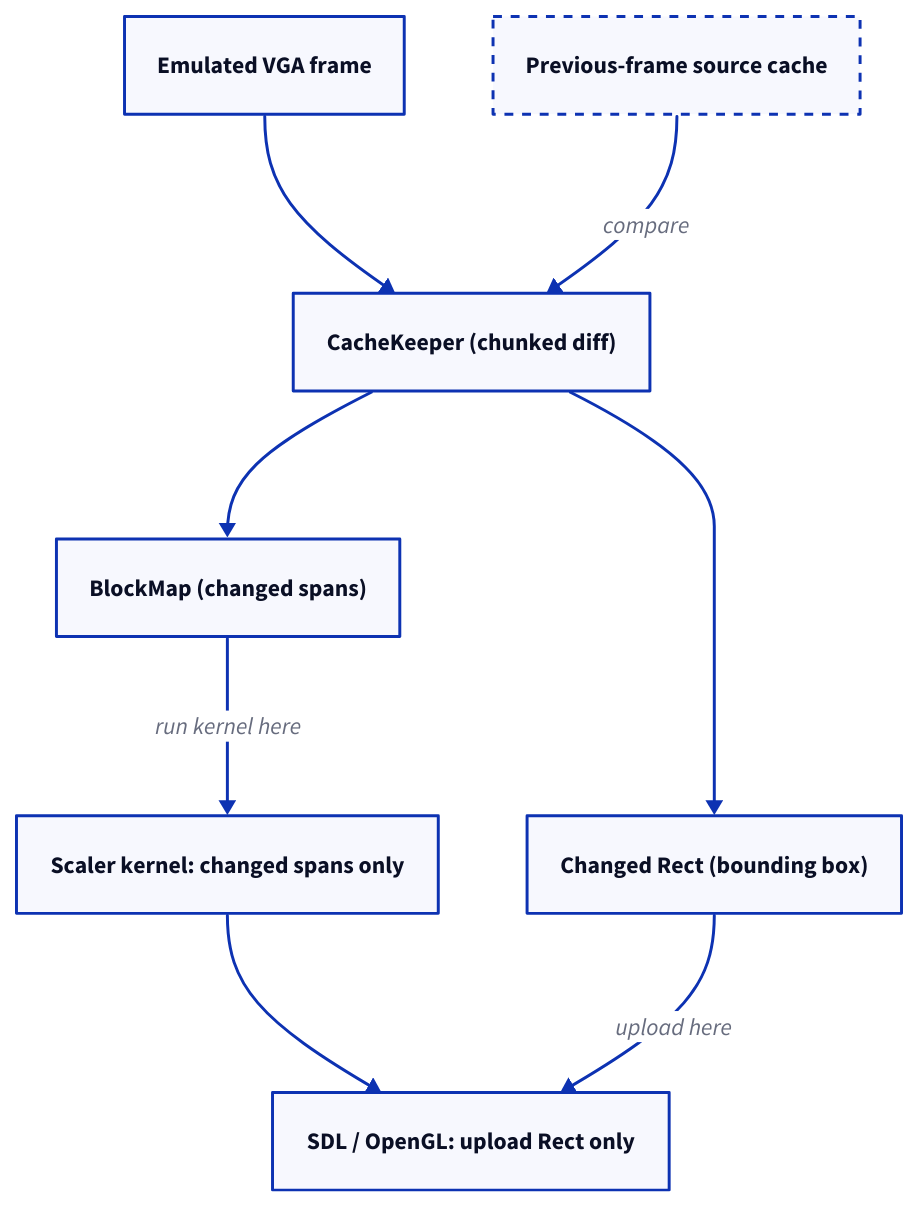
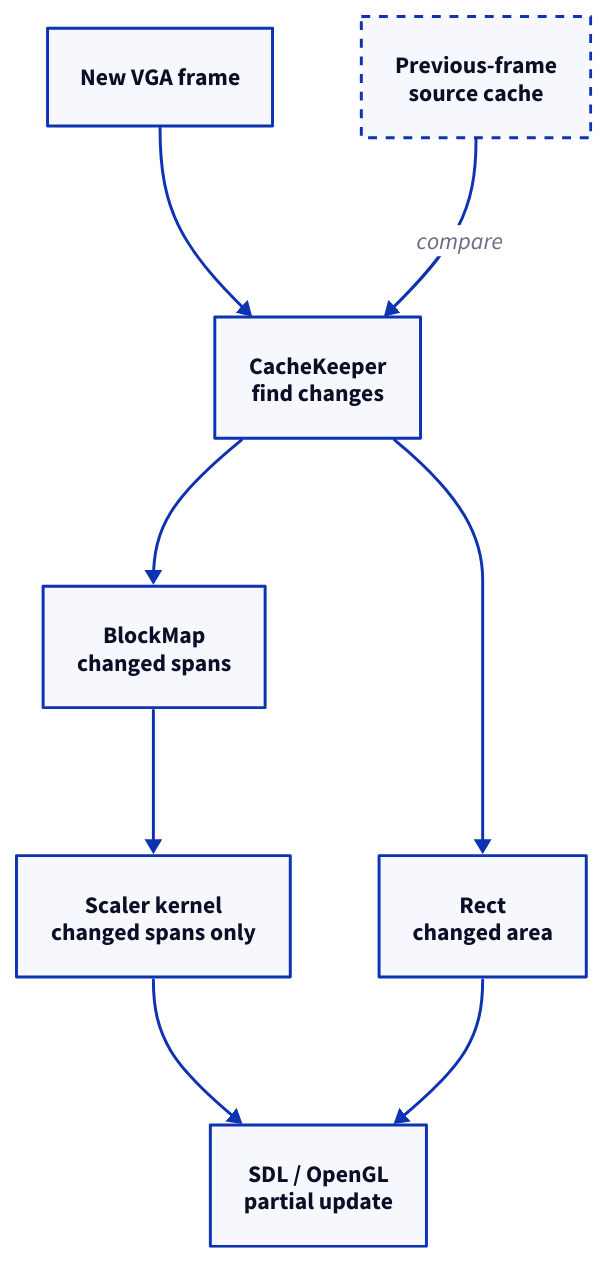
One commit to Kronuz/Kronuz.github.io changed the diagram in src/content/docs/blog/redraw-only-what-changed.md. Above: the diagram before and after it, drawn with D2. The commit also changed other lines of this file and 3 other files, not shown here.

````diff
--- a/src/content/docs/blog/redraw-only-what-changed.md
+++ b/src/content/docs/blog/redraw-only-what-changed.md
@@ -50,17 +46,25 @@
-```d2 alt="The patched render path: a previous-frame cache feeds a chunked diff that produces a BlockMap of changed spans and a changed Rect; the scaler runs only on changed spans, and only the Rect is uploaded"
+```d2 alt="The patched rendering path compares against the previous frame, finds changed spans, scales those spans, and updates the changed area"
 direction: down
-emu: "Emulated VGA frame"
-cache: "Previous-frame source cache" { style.stroke-dash: 3 }
-keeper: "CacheKeeper (chunked diff)" { style.bold: true }
-bm: "BlockMap (changed spans)"
-rect: "Changed Rect (bounding box)"
-scaler: "Scaler kernel: changed spans only" { style.bold: true }
-out: "SDL / OpenGL: upload Rect only"
+
+emu: "New VGA frame"
+cache: "Previous-frame\nsource cache" {
+  style.stroke-dash: 3
+}
+keeper: "CacheKeeper\nfind changes" {
+  style.bold: true
+}
+bm: "BlockMap\nchanged spans"
+rect: "Rect\nchanged area"
+scaler: "Scaler kernel\nchanged spans only" {
+  style.bold: true
+}
+out: "SDL / OpenGL\npartial update"
+
 emu -> keeper
 cache -> keeper: "compare"
 keeper -> bm
 keeper -> rect
-bm -> scaler: "run kernel here"
+bm -> scaler
 scaler -> out
-rect -> out: "upload here"
+rect -> out
 ```
````
